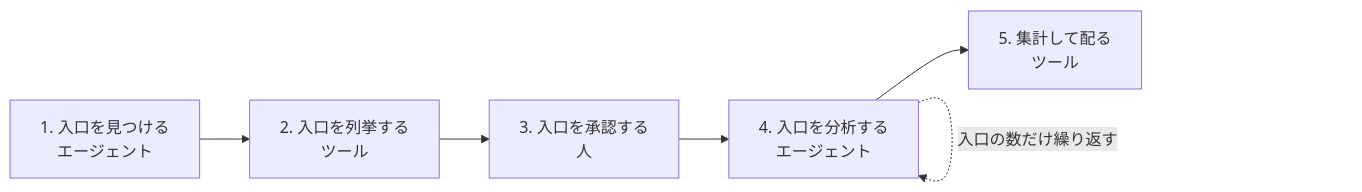
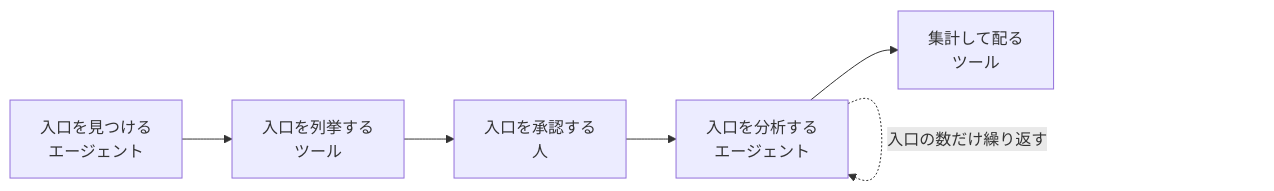
Before and after one commit to suwa-sh/as-built-atlas: the second of 3 diagrams in README.ja.md, drawn with Mermaid. The commit also changed other lines of this file and 4 other files, not shown here.

First line of the commit message:
更新のコマンドの仕様をコマンドごとに組み替え、README の図と手順表を直す

````diff
--- a/README.ja.md
+++ b/README.ja.md
@@ -151,8 +151,8 @@
 ```mermaid
 flowchart LR
-  S1[1. 入口を見つける<br>エージェント] --> S2[2. 入口を列挙する<br>ツール]
-  S2 --> S3[3. 入口を承認する<br>人]
-  S3 --> S4[4. 入口を分析する<br>エージェント]
-  S4 --> S5[5. 集計して配る<br>ツール]
+  S1[入口を見つける<br>エージェント] --> S2[入口を列挙する<br>ツール]
+  S2 --> S3[入口を承認する<br>人]
+  S3 --> S4[入口を分析する<br>エージェント]
+  S4 --> S5[集計して配る<br>ツール]
   S4 -. 入口の数だけ繰り返す .-> S4
 ```
````
